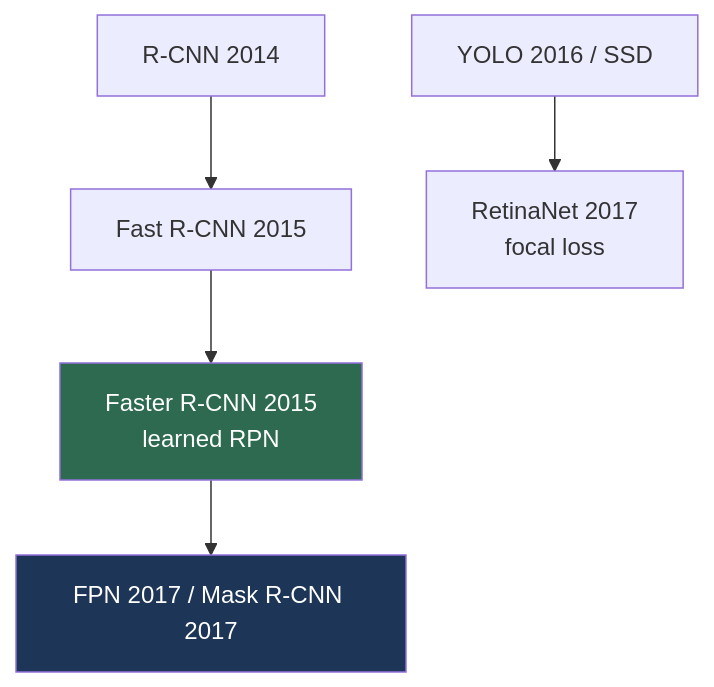
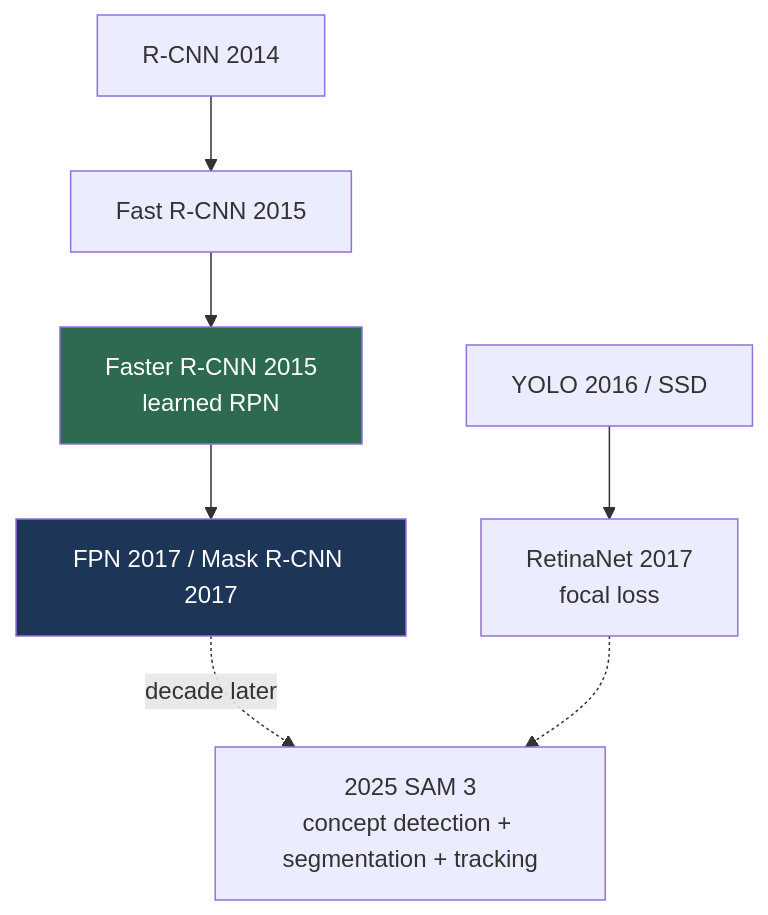
Before and after one commit to FrankHuang94/CV_learning_db_claude: the diagram in cv-knowledge-base/01_history/03_detection_segmentation_era.md, drawn with Mermaid. The commit also changed other lines of this file and 103 other files, not shown here.

````diff
--- a/cv-knowledge-base/01_history/03_detection_segmentation_era.md
+++ b/cv-knowledge-base/01_history/03_detection_segmentation_era.md
@@ -36,9 +41,11 @@
 ```mermaid
 graph TD
     A[R-CNN 2014] --> B[Fast R-CNN 2015]
     B --> C[Faster R-CNN 2015<br/>learned RPN]
     C --> D[FPN 2017 / Mask R-CNN 2017]
     A2[YOLO 2016 / SSD] --> B2[RetinaNet 2017<br/>focal loss]
+    D -.decade later.-> E[2025 SAM 3<br/>concept detection + segmentation + tracking]
+    B2 -.-> E
     style C fill:#2d6a4f,color:#fff
     style D fill:#1d3557,color:#fff
 ```
````
